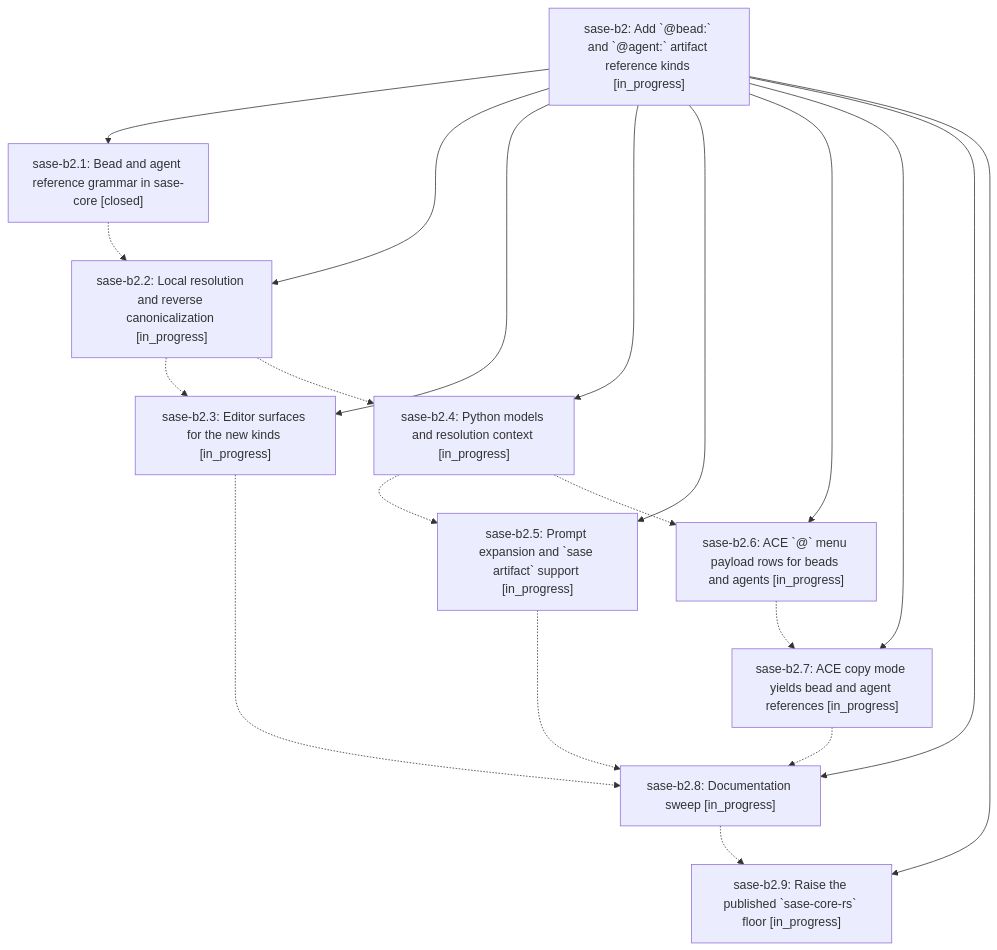
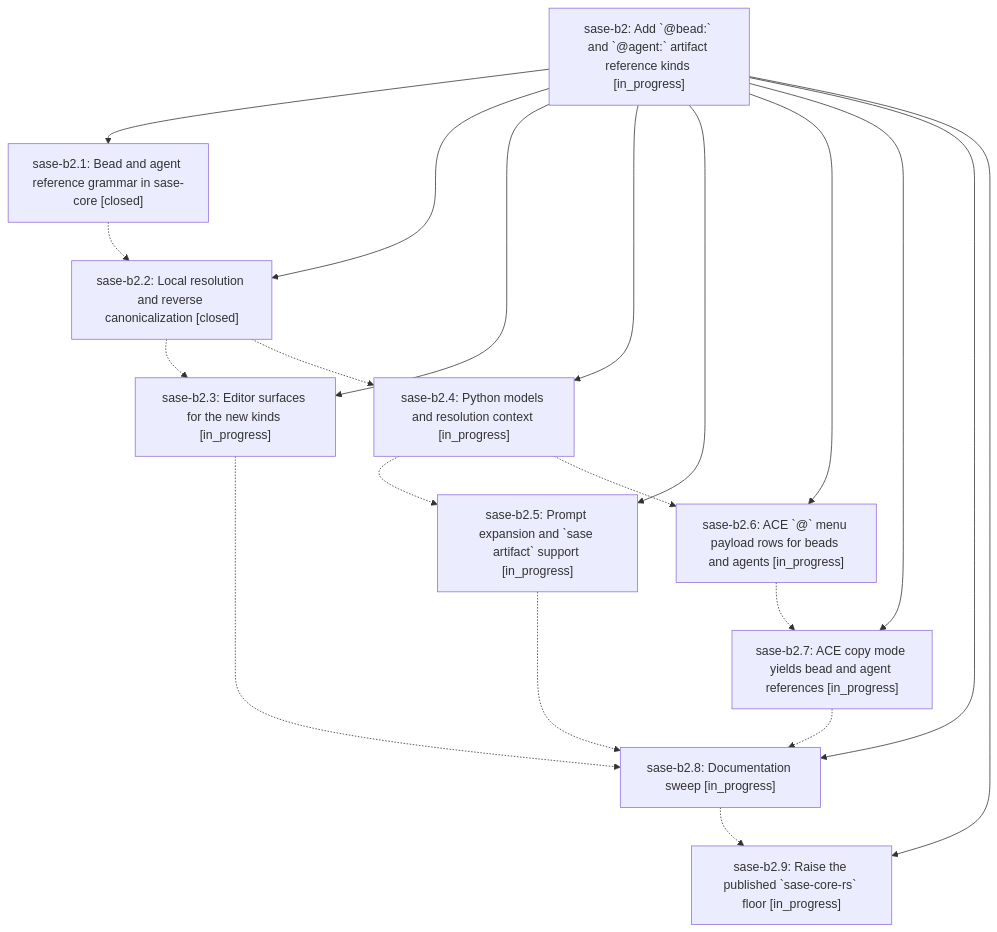
Before and after one commit to sase-org/sase--beads: the diagram in pages/sase-b2/README.md, drawn with Mermaid. The commit also changed other lines of this file and 4 other files, not shown here.

````diff
--- a/pages/sase-b2/README.md
+++ b/pages/sase-b2/README.md
@@ -30,32 +30,32 @@
 ```mermaid
 flowchart TD
     n0["sase-b2: Add `@bead:` and `@agent:` artifact reference kinds [in_progress]"]
     n1["sase-b2.1: Bead and agent reference grammar in sase-core [closed]"]
-    n2["sase-b2.2: Local resolution and reverse canonicalization [in_progress]"]
+    n2["sase-b2.2: Local resolution and reverse canonicalization [closed]"]
     n3["sase-b2.3: Editor surfaces for the new kinds [in_progress]"]
     n4["sase-b2.4: Python models and resolution context [in_progress]"]
     n5["sase-b2.5: Prompt expansion and `sase artifact` support [in_progress]"]
     n6["sase-b2.6: ACE `@` menu payload rows for beads and agents [in_progress]"]
     n7["sase-b2.7: ACE copy mode yields bead and agent references [in_progress]"]
     n8["sase-b2.8: Documentation sweep [in_progress]"]
     n9["sase-b2.9: Raise the published `sase-core-rs` floor [in_progress]"]
     n0 --> n1
     n0 --> n2
     n0 --> n3
     n0 --> n4
     n0 --> n5
     n0 --> n6
     n0 --> n7
     n0 --> n8
     n0 --> n9
     n1 -.-> n2
     n2 -.-> n3
     n2 -.-> n4
     n3 -.-> n8
     n4 -.-> n5
     n4 -.-> n6
     n5 -.-> n8
     n6 -.-> n7
     n7 -.-> n8
     n8 -.-> n9
 ```
````
